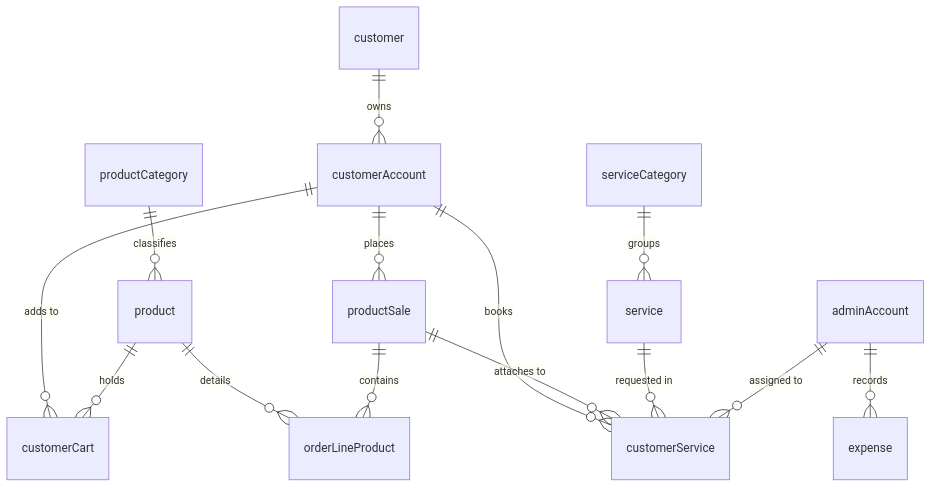
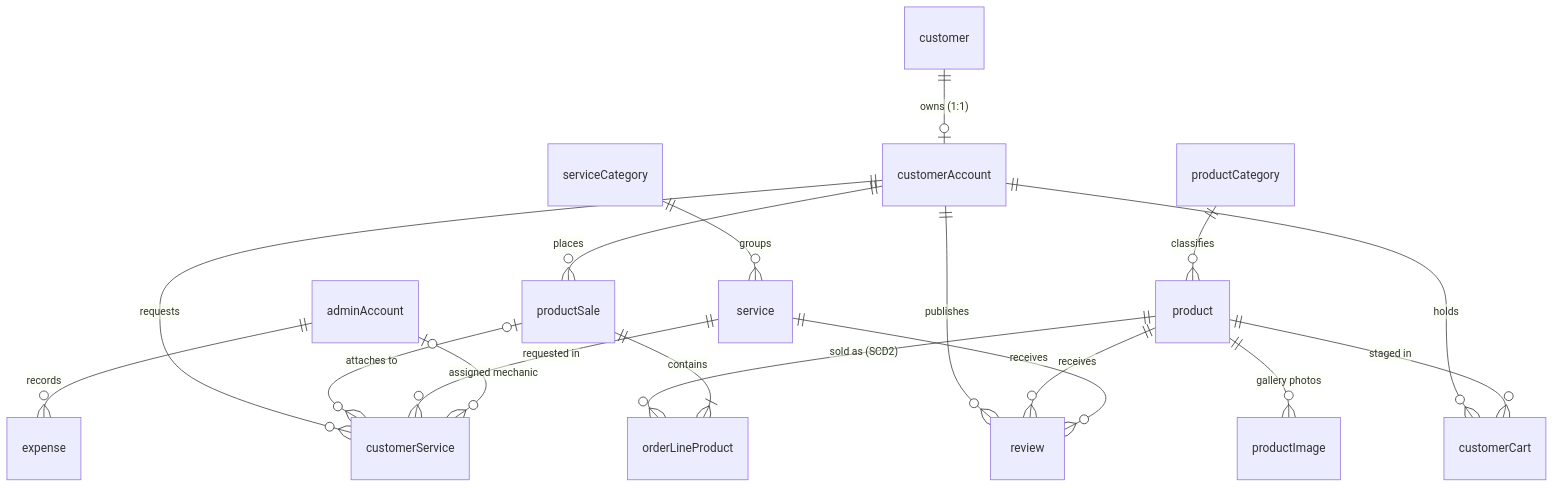
One commit to Abenad1123/PedalWorks-Dynamics changed the diagram in README.md. Above: the diagram before and after it, drawn with Mermaid. The commit also changed other lines of this file, not shown here.

Commit message:
docs: update README with 100% requirements compliance, updated ERD, and architecture manual links

````diff
--- a/README.md
+++ b/README.md
@@ -187,20 +223,24 @@
 ```mermaid
 erDiagram
-    customer ||--o{ customerAccount : "owns"
-    customerAccount ||--o{ customerCart : "adds to"
+    customer ||--o| customerAccount : "owns (1:1)"
+    customerAccount ||--o{ customerCart : "holds"
     customerAccount ||--o{ productSale : "places"
-    customerAccount ||--o{ customerService : "books"
+    customerAccount ||--o{ customerService : "requests"
+    customerAccount ||--o{ review : "publishes"
     
     productCategory ||--o{ product : "classifies"
-    product ||--o{ customerCart : "holds"
-    product ||--o{ orderLineProduct : "details"
+    product ||--o{ customerCart : "staged in"
+    product ||--o{ orderLineProduct : "sold as (SCD2)"
+    product ||--o{ productImage : "gallery photos"
+    product ||--o{ review : "receives"
     
-    productSale ||--o{ orderLineProduct : "contains"
-    productSale ||--o{ customerService : "attaches to"
+    productSale ||--|{ orderLineProduct : "contains"
+    productSale |o--o{ customerService : "attaches to"
     
     serviceCategory ||--o{ service : "groups"
     service ||--o{ customerService : "requested in"
+    service ||--o{ review : "receives"
     
-    adminAccount ||--o{ customerService : "assigned to"
+    adminAccount |o--o{ customerService : "assigned mechanic"
     adminAccount ||--o{ expense : "records"
 ```
````
